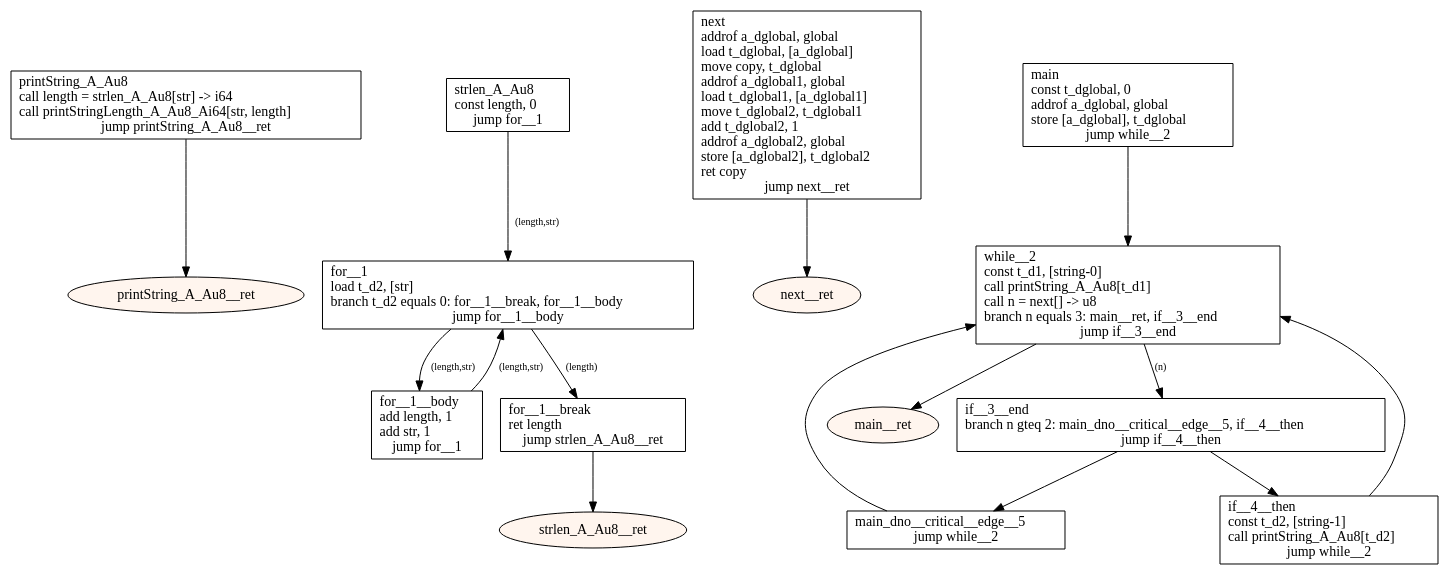
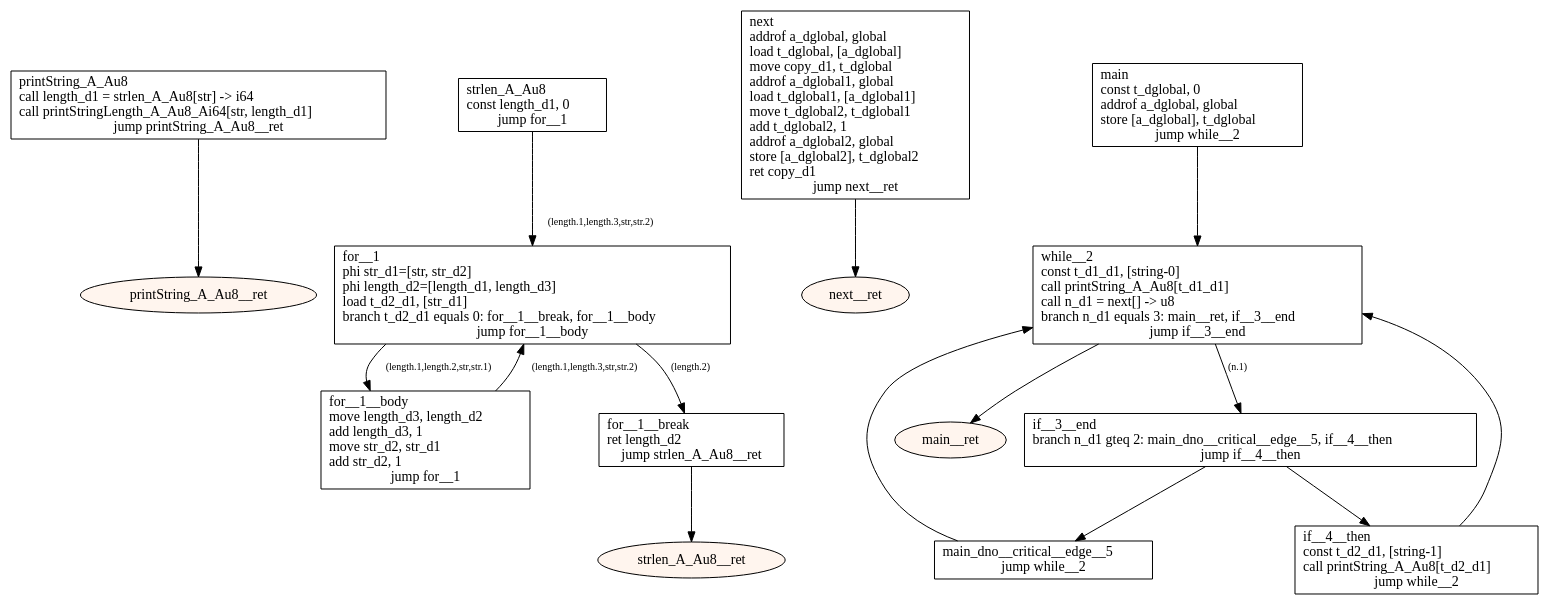
The diagram in src/main/resources-test/compiler/windows/global vars2.dot (tmssngr/tinyC), drawn with Graphviz before and after one commit. The commit also changed 90 other files, not shown here.

```diff
--- a/src/main/resources-test/compiler/windows/global vars2.dot
+++ b/src/main/resources-test/compiler/windows/global vars2.dot
@@ -1,40 +1,40 @@
 digraph program {
 	edge[fontsize="10pt"];
 	subgraph fn_printString_A_Au8 {
-		BasicBlock_0_printString_A_Au8 [label="printString_A_Au8\lcall length = strlen_A_Au8[str] -> i64\lcall printStringLength_A_Au8_Ai64[str, length]\ljump printString_A_Au8__ret",shape=box];
+		BasicBlock_0_printString_A_Au8 [label="printString_A_Au8\lcall length_d1 = strlen_A_Au8[str] -> i64\lcall printStringLength_A_Au8_Ai64[str, length_d1]\ljump printString_A_Au8__ret",shape=box];
 		BasicBlock_0_printString_A_Au8 -> BasicBlock_0_printString_A_Au8__ret;
 		BasicBlock_0_printString_A_Au8__ret [label="printString_A_Au8__ret",shape=oval,style=filled,fillcolor="#fff5ee"];
 	}
 	subgraph fn_strlen_A_Au8 {
-		BasicBlock_1_strlen_A_Au8 [label="strlen_A_Au8\lconst length, 0\ljump for__1",shape=box];
-		BasicBlock_1_strlen_A_Au8 -> BasicBlock_1_for__1 [label="(length,str)"];
-		BasicBlock_1_for__1__body [label="for__1__body\ladd length, 1\ladd str, 1\ljump for__1",shape=box];
-		BasicBlock_1_for__1__body -> BasicBlock_1_for__1 [label="(length,str)"];
-		BasicBlock_1_for__1 [label="for__1\lload t_d2, [str]\lbranch t_d2 equals 0: for__1__break, for__1__body\ljump for__1__body",shape=box];
-		BasicBlock_1_for__1 -> BasicBlock_1_for__1__break [label="(length)"];
-		BasicBlock_1_for__1 -> BasicBlock_1_for__1__body [label="(length,str)"];
-		BasicBlock_1_for__1__break [label="for__1__break\lret length\ljump strlen_A_Au8__ret",shape=box];
+		BasicBlock_1_strlen_A_Au8 [label="strlen_A_Au8\lconst length_d1, 0\ljump for__1",shape=box];
+		BasicBlock_1_strlen_A_Au8 -> BasicBlock_1_for__1 [label="(length.1,length.3,str,str.2)"];
+		BasicBlock_1_for__1__body [label="for__1__body\lmove length_d3, length_d2\ladd length_d3, 1\lmove str_d2, str_d1\ladd str_d2, 1\ljump for__1",shape=box];
+		BasicBlock_1_for__1__body -> BasicBlock_1_for__1 [label="(length.1,length.3,str,str.2)"];
+		BasicBlock_1_for__1 [label="for__1\lphi str_d1=[str, str_d2]\lphi length_d2=[length_d1, length_d3]\lload t_d2_d1, [str_d1]\lbranch t_d2_d1 equals 0: for__1__break, for__1__body\ljump for__1__body",shape=box];
+		BasicBlock_1_for__1 -> BasicBlock_1_for__1__break [label="(length.2)"];
+		BasicBlock_1_for__1 -> BasicBlock_1_for__1__body [label="(length.1,length.2,str,str.1)"];
+		BasicBlock_1_for__1__break [label="for__1__break\lret length_d2\ljump strlen_A_Au8__ret",shape=box];
 		BasicBlock_1_for__1__break -> BasicBlock_1_strlen_A_Au8__ret;
 		BasicBlock_1_strlen_A_Au8__ret [label="strlen_A_Au8__ret",shape=oval,style=filled,fillcolor="#fff5ee"];
 	}
 	subgraph fn_next {
-		BasicBlock_2_next [label="next\laddrof a_dglobal, global\lload t_dglobal, [a_dglobal]\lmove copy, t_dglobal\laddrof a_dglobal1, global\lload t_dglobal1, [a_dglobal1]\lmove t_dglobal2, t_dglobal1\ladd t_dglobal2, 1\laddrof a_dglobal2, global\lstore [a_dglobal2], t_dglobal2\lret copy\ljump next__ret",shape=box];
+		BasicBlock_2_next [label="next\laddrof a_dglobal, global\lload t_dglobal, [a_dglobal]\lmove copy_d1, t_dglobal\laddrof a_dglobal1, global\lload t_dglobal1, [a_dglobal1]\lmove t_dglobal2, t_dglobal1\ladd t_dglobal2, 1\laddrof a_dglobal2, global\lstore [a_dglobal2], t_dglobal2\lret copy_d1\ljump next__ret",shape=box];
 		BasicBlock_2_next -> BasicBlock_2_next__ret;
 		BasicBlock_2_next__ret [label="next__ret",shape=oval,style=filled,fillcolor="#fff5ee"];
 	}
 	subgraph fn_main {
 		BasicBlock_3_main [label="main\lconst t_dglobal, 0\laddrof a_dglobal, global\lstore [a_dglobal], t_dglobal\ljump while__2",shape=box];
 		BasicBlock_3_main -> BasicBlock_3_while__2;
-		BasicBlock_3_if__3__end [label="if__3__end\lbranch n gteq 2: main_dno__critical__edge__5, if__4__then\ljump if__4__then",shape=box];
+		BasicBlock_3_if__3__end [label="if__3__end\lbranch n_d1 gteq 2: main_dno__critical__edge__5, if__4__then\ljump if__4__then",shape=box];
 		BasicBlock_3_if__3__end -> BasicBlock_3_main_dno__critical__edge__5;
 		BasicBlock_3_if__3__end -> BasicBlock_3_if__4__then;
 		BasicBlock_3_main_dno__critical__edge__5 [label="main_dno__critical__edge__5\ljump while__2",shape=box];
 		BasicBlock_3_main_dno__critical__edge__5 -> BasicBlock_3_while__2;
-		BasicBlock_3_if__4__then [label="if__4__then\lconst t_d2, [string-1]\lcall printString_A_Au8[t_d2]\ljump while__2",shape=box];
+		BasicBlock_3_if__4__then [label="if__4__then\lconst t_d2_d1, [string-1]\lcall printString_A_Au8[t_d2_d1]\ljump while__2",shape=box];
 		BasicBlock_3_if__4__then -> BasicBlock_3_while__2;
-		BasicBlock_3_while__2 [label="while__2\lconst t_d1, [string-0]\lcall printString_A_Au8[t_d1]\lcall n = next[] -> u8\lbranch n equals 3: main__ret, if__3__end\ljump if__3__end",shape=box];
+		BasicBlock_3_while__2 [label="while__2\lconst t_d1_d1, [string-0]\lcall printString_A_Au8[t_d1_d1]\lcall n_d1 = next[] -> u8\lbranch n_d1 equals 3: main__ret, if__3__end\ljump if__3__end",shape=box];
 		BasicBlock_3_while__2 -> BasicBlock_3_main__ret;
-		BasicBlock_3_while__2 -> BasicBlock_3_if__3__end [label="(n)"];
+		BasicBlock_3_while__2 -> BasicBlock_3_if__3__end [label="(n.1)"];
 		BasicBlock_3_main__ret [label="main__ret",shape=oval,style=filled,fillcolor="#fff5ee"];
 	}
 }
```
